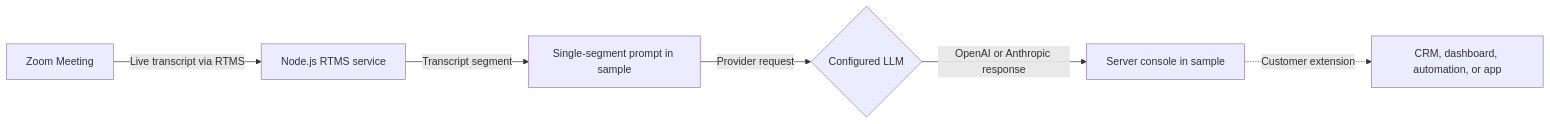
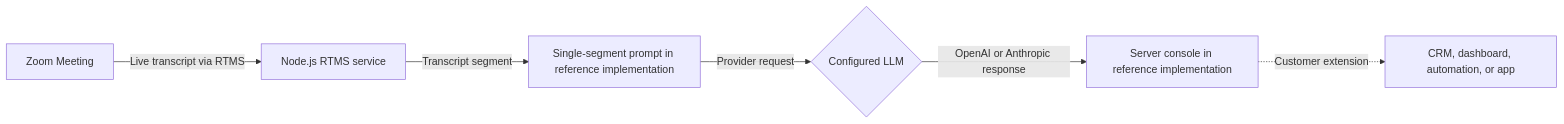
The diagram in blueprints/send-transcripts-to-llms/index.md (zoom/blueprints), drawn with Mermaid before and after one commit. The commit also changed other lines of this file and 1 other file, not shown here.

Commit message:
Align transcript LLM Blueprint with reference guidance

````diff
--- a/blueprints/send-transcripts-to-llms/index.md
+++ b/blueprints/send-transcripts-to-llms/index.md
@@ -53,8 +53,8 @@
 ```mermaid
 flowchart LR
     A[Zoom Meeting] -->|Live transcript via RTMS| B[Node.js RTMS service]
-    B -->|Transcript segment| C[Single-segment prompt in sample]
+    B -->|Transcript segment| C[Single-segment prompt in reference implementation]
     C -->|Provider request| D{Configured LLM}
-    D -->|OpenAI or Anthropic response| E[Server console in sample]
+    D -->|OpenAI or Anthropic response| E[Server console in reference implementation]
     E -.->|Customer extension| F[CRM, dashboard, automation, or app]
 ```
````
